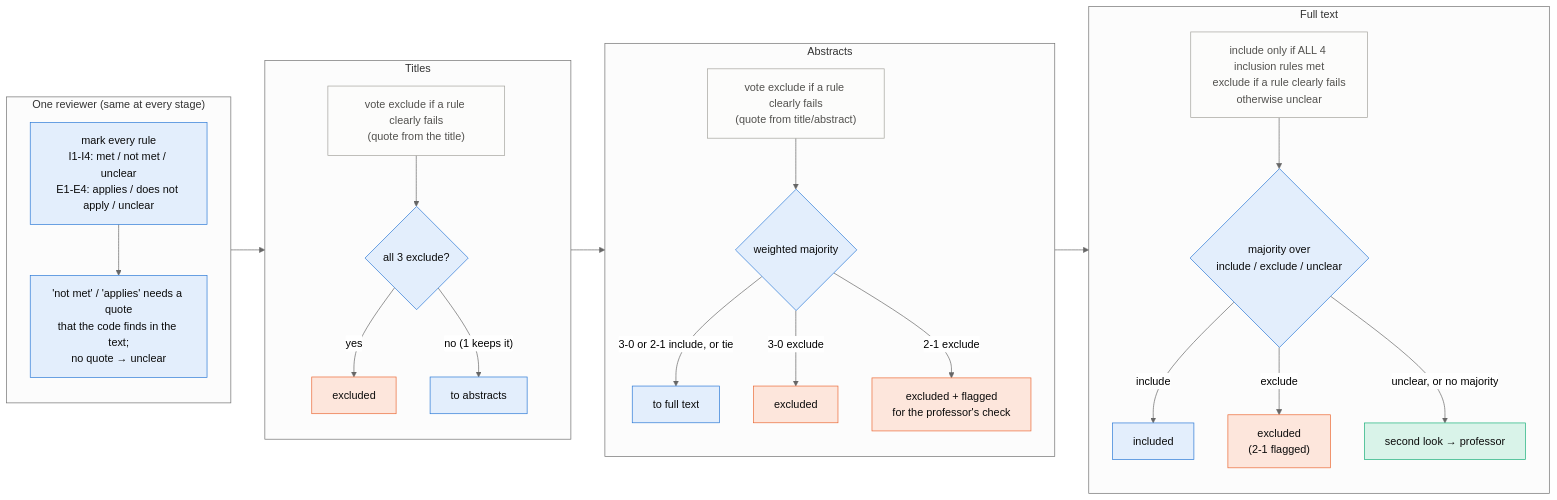
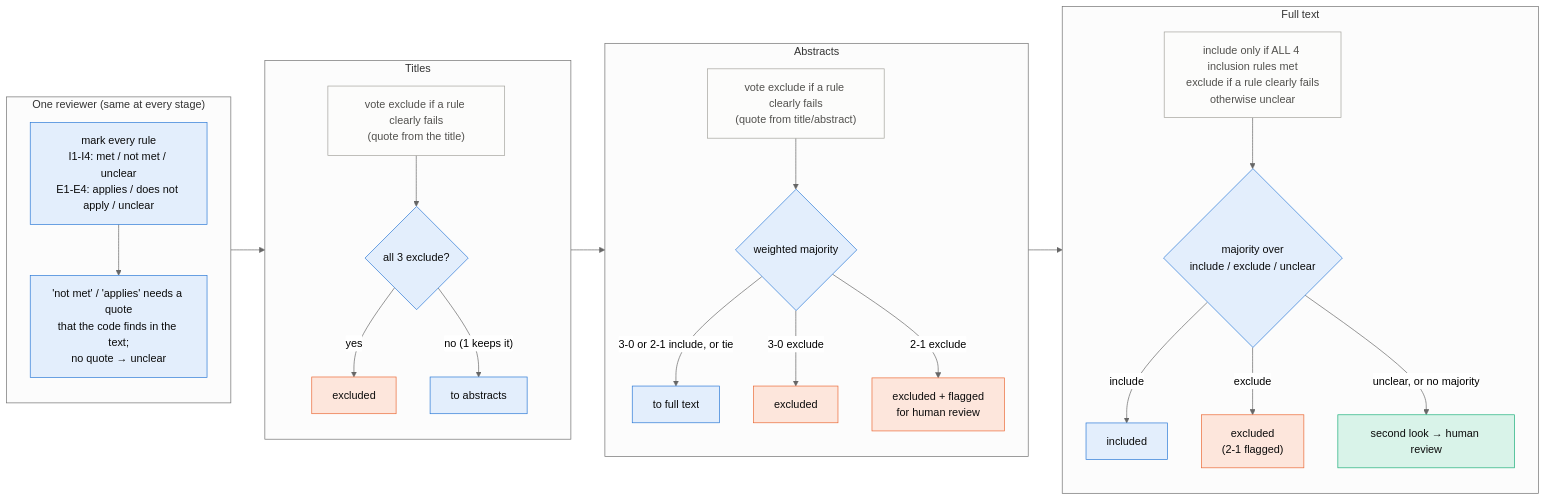
One commit to iUtsa/adrd-multiagent-review changed the diagram in docs/diagrams/src/consensus-by-stage.mmd. Above: the diagram before and after it, drawn with Mermaid (neutral theme). The commit also changed 24 other files, not shown here.

Commit message:
Diagrams, charts and docs: 'human reviewer' / 'for human review' labels

```diff
--- a/docs/diagrams/src/consensus-by-stage.mmd
+++ b/docs/diagrams/src/consensus-by-stage.mmd
@@ -1,43 +1,43 @@
 flowchart LR
     classDef used fill:#e3eefc,stroke:#2a78d6,color:#0b0b0b
     classDef prof fill:#d9f3e9,stroke:#1baf7a,color:#0b0b0b
     classDef out fill:#fde6dc,stroke:#eb6834,color:#0b0b0b
     classDef note fill:#fcfcfb,stroke:#a3a29c,color:#52514e
 
     subgraph ONE["One reviewer (same at every stage)"]
         direction TB
         R1["mark every rule<br/>I1-I4: met / not met / unclear<br/>E1-E4: applies / does not apply / unclear"]:::used
         R2["'not met' / 'applies' needs a quote<br/>that the code finds in the text;<br/>no quote → unclear"]:::used
         R1 --> R2
     end
 
     subgraph TT["Titles"]
         direction TB
         T1["vote exclude if a rule clearly fails<br/>(quote from the title)"]:::note
         T2{"all 3 exclude?"}:::used
         T1 --> T2
         T2 -->|yes| TX["excluded"]:::out
         T2 -->|"no (1 keeps it)"| TK["to abstracts"]:::used
     end
 
     subgraph AB["Abstracts"]
         direction TB
         A1["vote exclude if a rule clearly fails<br/>(quote from title/abstract)"]:::note
         A2{"weighted majority"}:::used
         A1 --> A2
         A2 -->|"3-0 or 2-1 include, or tie"| AK["to full text"]:::used
         A2 -->|"3-0 exclude"| AX["excluded"]:::out
-        A2 -->|"2-1 exclude"| AF["excluded + flagged<br/>for the professor's check"]:::out
+        A2 -->|"2-1 exclude"| AF["excluded + flagged<br/>for human review"]:::out
     end
 
     subgraph FU["Full text"]
         direction TB
         F1["include only if ALL 4 inclusion rules met<br/>exclude if a rule clearly fails<br/>otherwise unclear"]:::note
         F2{"majority over<br/>include / exclude / unclear"}:::used
         F1 --> F2
         F2 -->|include| FI["included"]:::used
         F2 -->|exclude| FX["excluded<br/>(2-1 flagged)"]:::out
-        F2 -->|"unclear, or no majority"| FS["second look → professor"]:::prof
+        F2 -->|"unclear, or no majority"| FS["second look → human review"]:::prof
     end
 
     ONE --> TT --> AB --> FU
```
